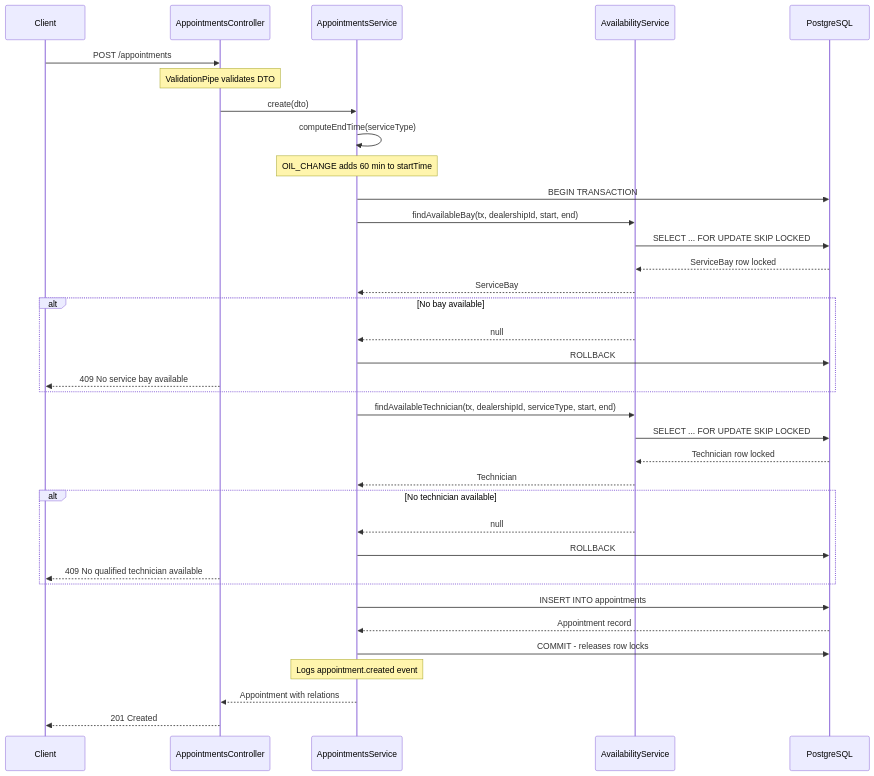
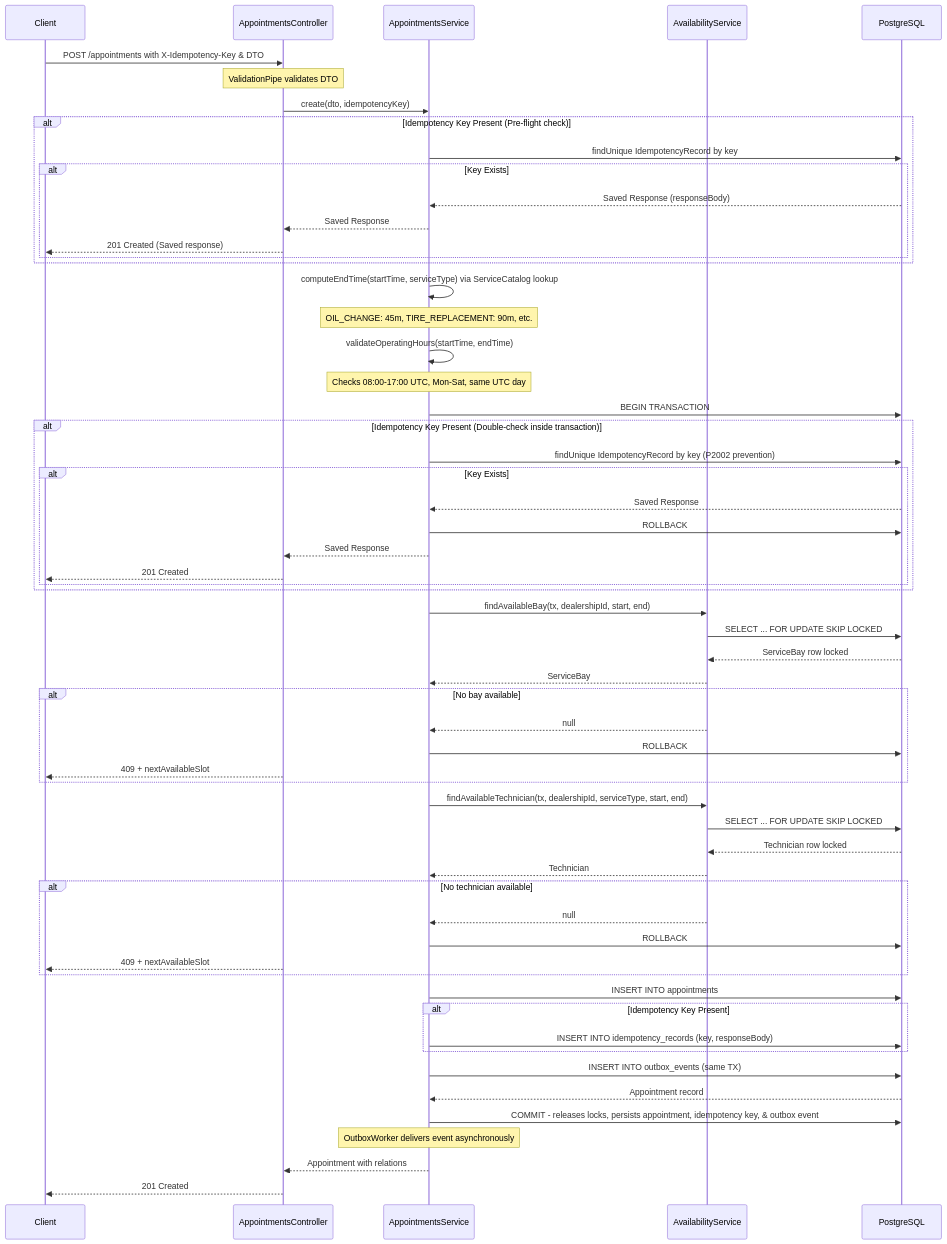
Before and after one commit to bangbui2003/vehicle-service-scheduler: the second of 3 diagrams in system-design.md, drawn with Mermaid. The commit also changed other lines of this file and 18 other files, not shown here.

Commit message:
feat: integrate transactional outbox pattern, enforce operating hours, and add pagination support for appointments.

````diff
--- a/system-design.md
+++ b/system-design.md
@@ -117,46 +122,75 @@
 ```mermaid
 sequenceDiagram
     participant C as Client
     participant Ctrl as AppointmentsController
     participant Svc as AppointmentsService
     participant Avail as AvailabilityService
     participant DB as PostgreSQL
 
-    C->>Ctrl: POST /appointments
+    C->>Ctrl: POST /appointments with X-Idempotency-Key & DTO
     Note over Ctrl: ValidationPipe validates DTO
-    Ctrl->>Svc: create(dto)
-    Svc->>Svc: computeEndTime(serviceType)
-    Note over Svc: OIL_CHANGE adds 60 min to startTime
+    Ctrl->>Svc: create(dto, idempotencyKey)
+    
+    alt Idempotency Key Present (Pre-flight check)
+        Svc->>DB: findUnique IdempotencyRecord by key
+        alt Key Exists
+            DB-->>Svc: Saved Response (responseBody)
+            Svc-->>Ctrl: Saved Response
+            Ctrl-->>C: 201 Created (Saved response)
+        end
+    end
+
+    Svc->>Svc: computeEndTime(startTime, serviceType) via ServiceCatalog lookup
+    Note over Svc: OIL_CHANGE: 45m, TIRE_REPLACEMENT: 90m, etc.
+    
+    Svc->>Svc: validateOperatingHours(startTime, endTime)
+    Note over Svc: Checks 08:00-17:00 UTC, Mon-Sat, same UTC day
 
     Svc->>DB: BEGIN TRANSACTION
+    
+    alt Idempotency Key Present (Double-check inside transaction)
+        Svc->>DB: findUnique IdempotencyRecord by key (P2002 prevention)
+        alt Key Exists
+            DB-->>Svc: Saved Response
+            Svc->>DB: ROLLBACK
+            Svc-->>Ctrl: Saved Response
+            Ctrl-->>C: 201 Created
+        end
+    end
 
     Svc->>Avail: findAvailableBay(tx, dealershipId, start, end)
     Avail->>DB: SELECT ... FOR UPDATE SKIP LOCKED
     DB-->>Avail: ServiceBay row locked
     Avail-->>Svc: ServiceBay
 
     alt No bay available
         Avail-->>Svc: null
         Svc->>DB: ROLLBACK
-        Ctrl-->>C: 409 No service bay available
+        Ctrl-->>C: 409 + nextAvailableSlot
     end
 
     Svc->>Avail: findAvailableTechnician(tx, dealershipId, serviceType, start, end)
     Avail->>DB: SELECT ... FOR UPDATE SKIP LOCKED
     DB-->>Avail: Technician row locked
     Avail-->>Svc: Technician
 
     alt No technician available
         Avail-->>Svc: null
         Svc->>DB: ROLLBACK
-        Ctrl-->>C: 409 No qualified technician available
+        Ctrl-->>C: 409 + nextAvailableSlot
     end
 
     Svc->>DB: INSERT INTO appointments
+    
+    alt Idempotency Key Present
+        Svc->>DB: INSERT INTO idempotency_records (key, responseBody)
+    end
+    
+    Svc->>DB: INSERT INTO outbox_events (same TX)
     DB-->>Svc: Appointment record
-    Svc->>DB: COMMIT - releases row locks
-    Note over Svc: Logs appointment.created event
+    Svc->>DB: COMMIT - releases locks, persists appointment, idempotency key, & outbox event
+    Note over Svc: OutboxWorker delivers event asynchronously
 
     Svc-->>Ctrl: Appointment with relations
     Ctrl-->>C: 201 Created
 ```
````
